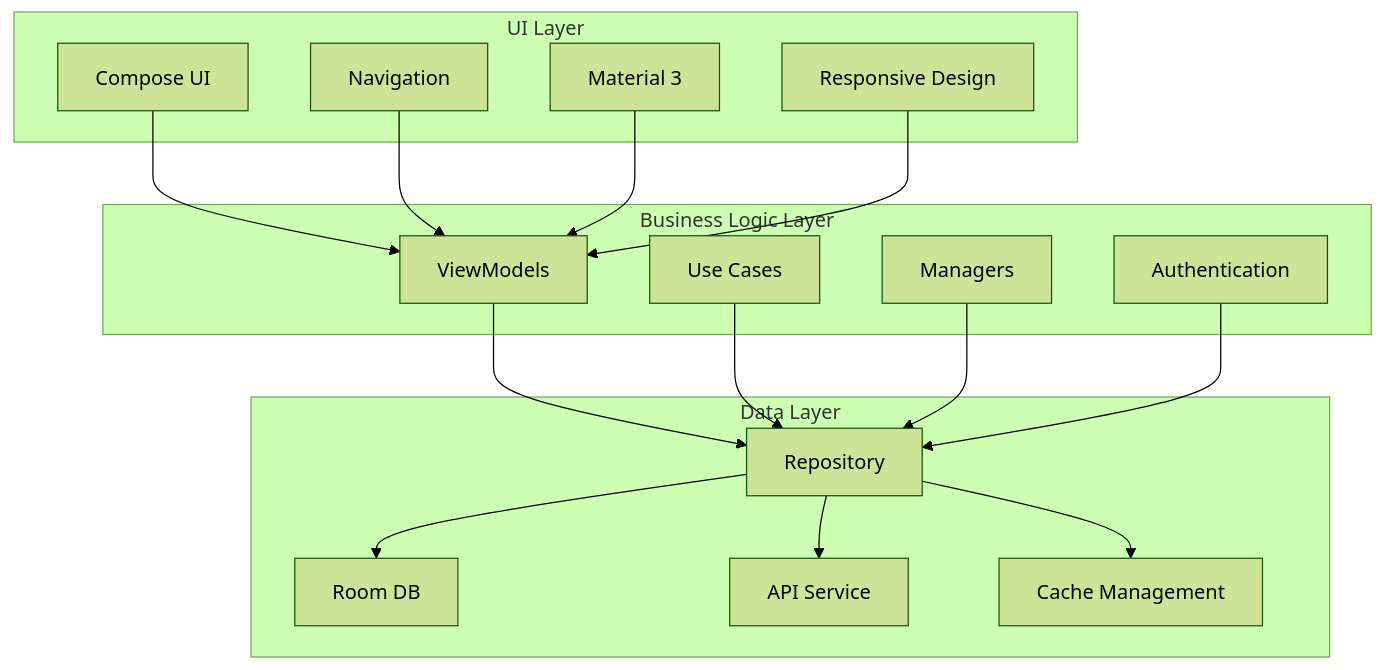
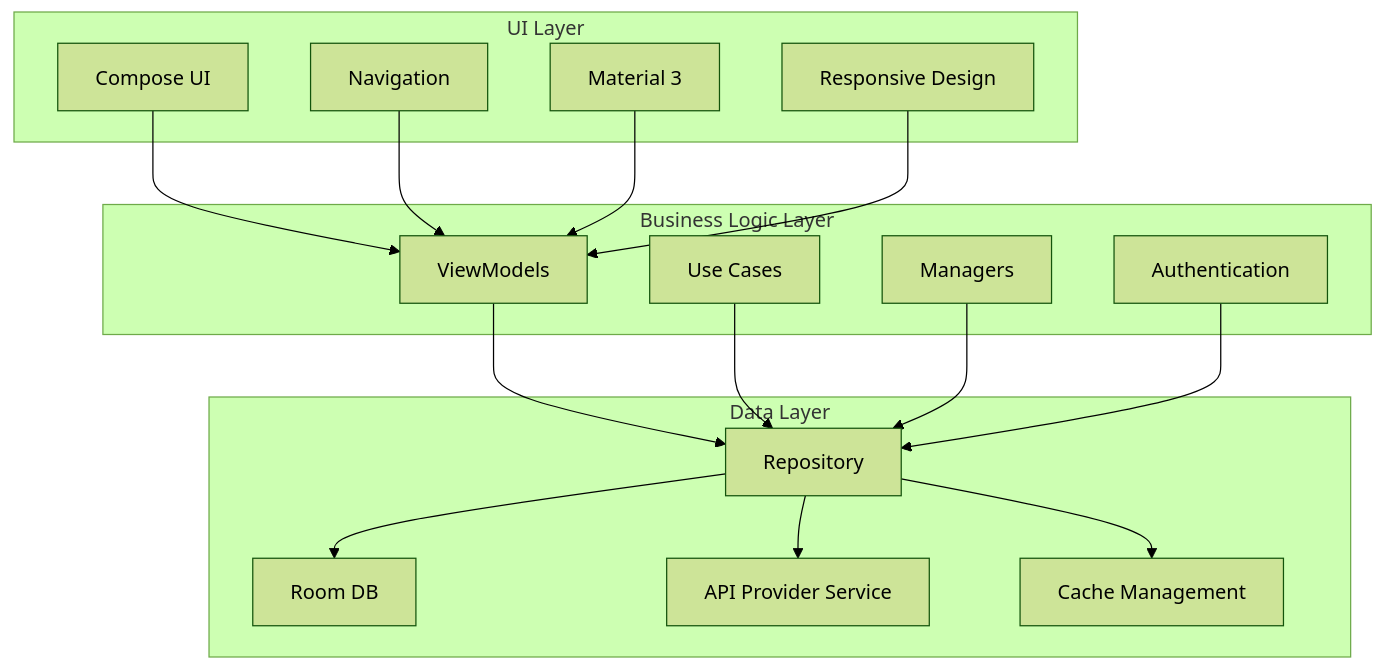
Before and after one commit to kuoyaoming/Wealth-Manager: the first of 3 diagrams in README.md, drawn with Mermaid (forest theme). The commit also changed other lines of this file and 1 other file, not shown here.

````diff
--- a/README.md
+++ b/README.md
@@ -158,35 +108,35 @@
 ```mermaid
 graph TB
     subgraph "UI Layer"
         A[Compose UI]
         B[Navigation]
         C[Material 3]
         D[Responsive Design]
     end
-    
+
     subgraph "Business Logic Layer"
         E[ViewModels]
         F[Use Cases]
         G[Managers]
         H[Authentication]
     end
-    
+
     subgraph "Data Layer"
         I[Repository]
         J[Room DB]
-        K[API Service]
+        K[API Provider Service]
         L[Cache Management]
     end
-    
+
     A --> E
     B --> E
     C --> E
     D --> E
     E --> I
     F --> I
     G --> I
     H --> I
     I --> J
     I --> K
     I --> L
 ```
````
